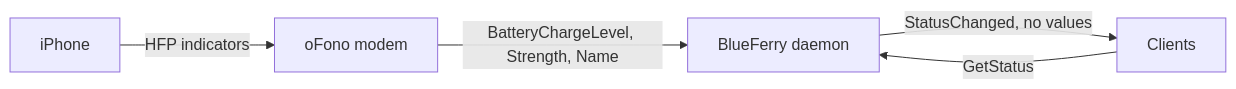
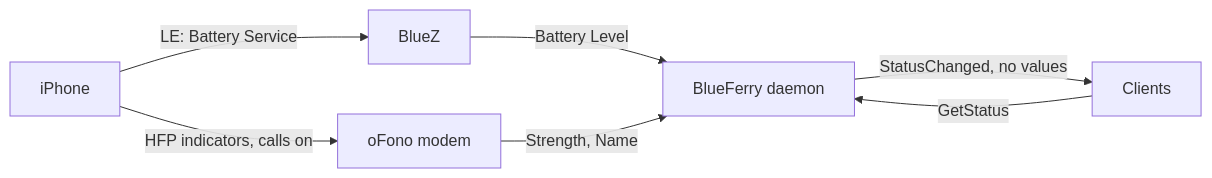
Before and after one commit to erikwb/blueferry: the diagram in docs/en/user/phone-status.md, drawn with Mermaid. The commit also changed other lines of this file and 6 other files, not shown here.

````diff
--- a/docs/en/user/phone-status.md
+++ b/docs/en/user/phone-status.md
@@ -10,7 +11,9 @@
 ```mermaid
 flowchart LR
-    P[iPhone] -- HFP indicators --> O[oFono modem]
-    O -- BatteryChargeLevel, Strength, Name --> B[BlueFerry daemon]
+    P[iPhone] -- LE: Battery Service --> Z[BlueZ]
+    P -- HFP indicators, calls on --> O[oFono modem]
+    Z -- Battery Level --> B[BlueFerry daemon]
+    O -- Strength, Name --> B
     B -- StatusChanged, no values --> C[Clients]
     C -- GetStatus --> B
 ```
````
